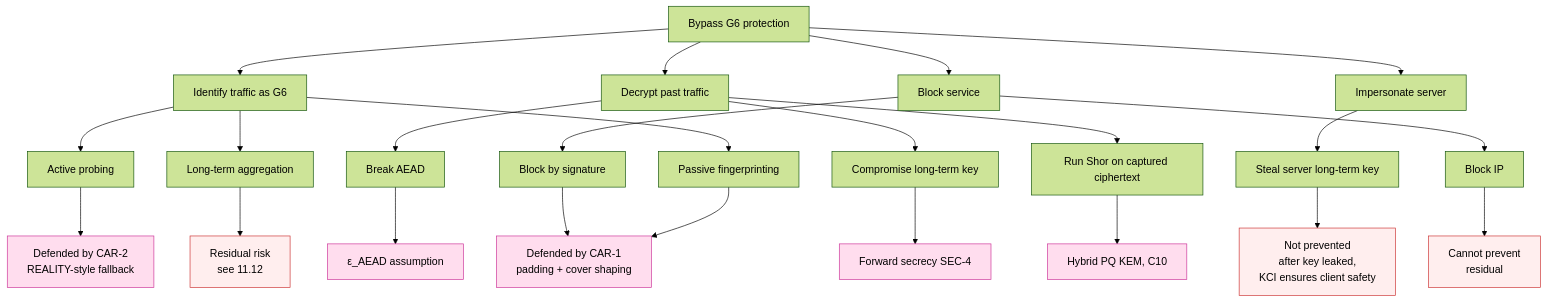
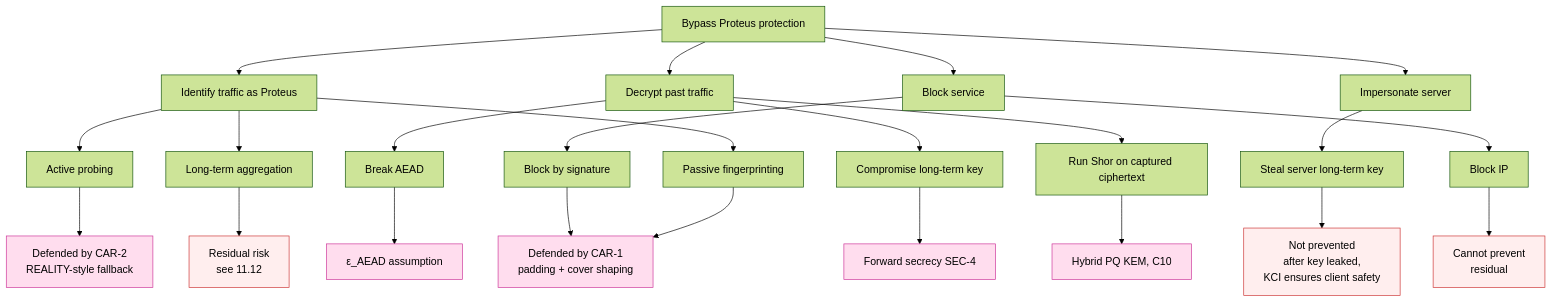
One commit to Icarus603/network-from-scratch changed the second of 2 diagrams in lessons/part-11-design/11.1-threat-model.md. Above: the diagram before and after it, drawn with Mermaid (forest theme). The commit also changed other lines of this file and 300 other files, not shown here.

````diff
--- a/lessons/part-11-design/11.1-threat-model.md
+++ b/lessons/part-11-design/11.1-threat-model.md
@@ -219,36 +219,36 @@
 ```mermaid
 flowchart TD
-  ROOT[Bypass G6 protection]
-  ROOT --> A1[Identify traffic as G6]
+  ROOT[Bypass Proteus protection]
+  ROOT --> A1[Identify traffic as Proteus]
   ROOT --> A2[Decrypt past traffic]
   ROOT --> A3[Impersonate server]
   ROOT --> A4[Block service]
 
   A1 --> A1a[Passive fingerprinting]
   A1 --> A1b[Active probing]
   A1 --> A1c[Long-term aggregation]
 
   A1a --> D1[Defended by CAR-1<br/>padding + cover shaping]
   A1b --> D2[Defended by CAR-2<br/>REALITY-style fallback]
   A1c --> R1[Residual risk<br/>see 11.12]
 
   A2 --> A2a[Break AEAD]
   A2 --> A2b[Compromise long-term key]
   A2 --> A2c[Run Shor on captured ciphertext]
 
   A2a --> D3[ε_AEAD assumption]
   A2b --> D4[Forward secrecy SEC-4]
   A2c --> D5[Hybrid PQ KEM, C10]
 
   A3 --> A3a[Steal server long-term key]
   A3a --> R2[Not prevented<br/>after key leaked,<br/>KCI ensures client safety]
 
   A4 --> A4a[Block IP]
   A4 --> A4b[Block by signature]
   A4a --> R3[Cannot prevent<br/>residual]
   A4b --> D1
   classDef ours fill:#fde,stroke:#c39
   classDef residual fill:#fee,stroke:#c33
   class D1,D2,D3,D4,D5 ours
   class R1,R2,R3 residual
 ```
````
